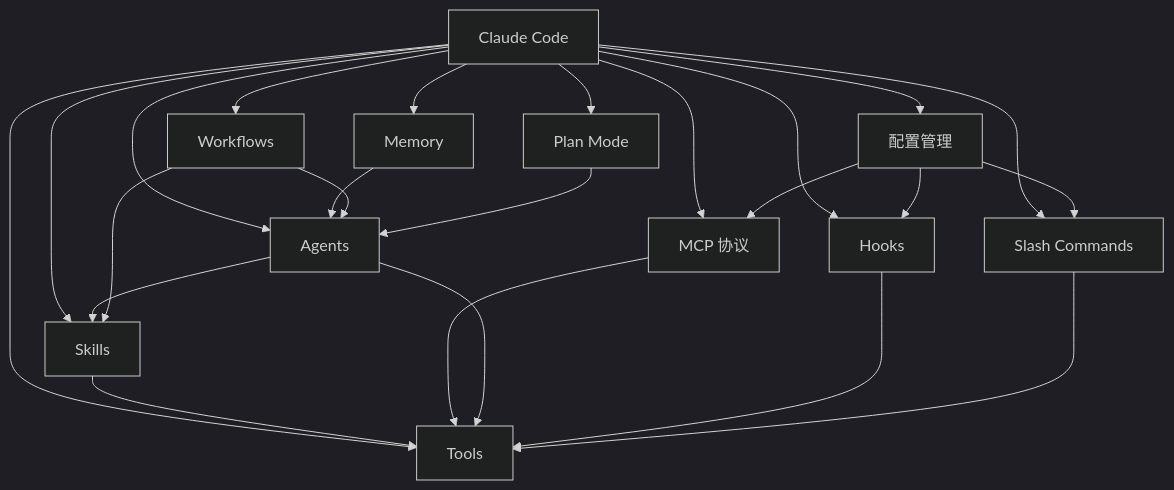
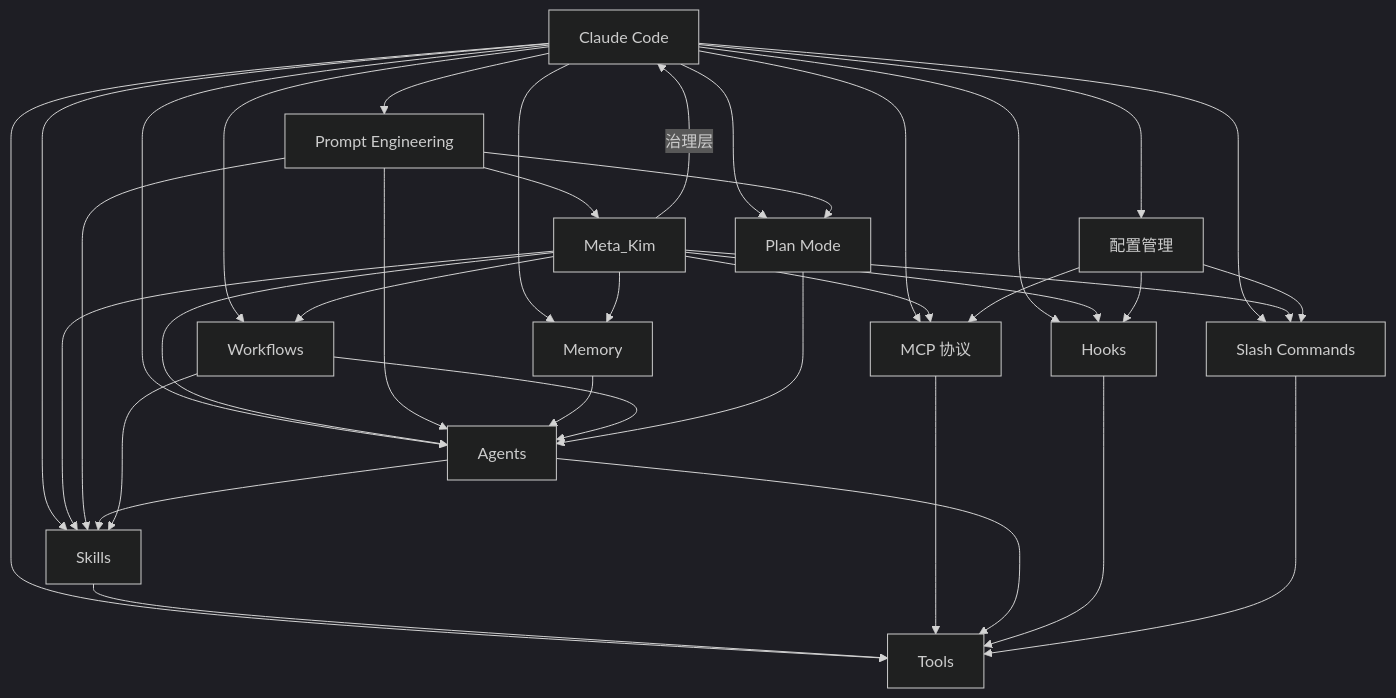
Before and after one commit to delphi007/ai-study: the diagram in 00-总览/AI学习知识库总览.md, drawn with Mermaid (dark theme). The commit also changed other lines of this file and 9 other files, not shown here.

````diff
--- a/00-总览/AI学习知识库总览.md
+++ b/00-总览/AI学习知识库总览.md
@@ -52,28 +76,44 @@
 ```mermaid
 graph TD
     CC[Claude Code] --> Skills
     CC --> MCP[MCP 协议]
     CC --> Tools
     CC --> Agents
     CC --> Memory
     CC --> Hooks
     CC --> Commands[Slash Commands]
     CC --> Workflows
     CC --> PlanMode[Plan Mode]
     CC --> Config[配置管理]
+    CC --> PE[Prompt Engineering]
+
+    MK[Meta_Kim] --> Skills
+    MK --> MCP
+    MK --> Agents
+    MK --> Memory
+    MK --> Hooks
+    MK --> Workflows
+    MK --> Commands
+
+    PE --> Skills
+    PE --> Agents
+    PE --> PlanMode
+    PE --> MK
 
     Skills --> Tools
     MCP --> Tools
     Agents --> Tools
     Agents --> Skills
     Hooks --> Tools
     Memory --> Agents
     Config --> MCP
     Config --> Hooks
     Config --> Commands
 
     Workflows --> Agents
     Workflows --> Skills
     PlanMode --> Agents
     Commands --> Tools
+
+    MK --> |治理层| CC
 ```
````
